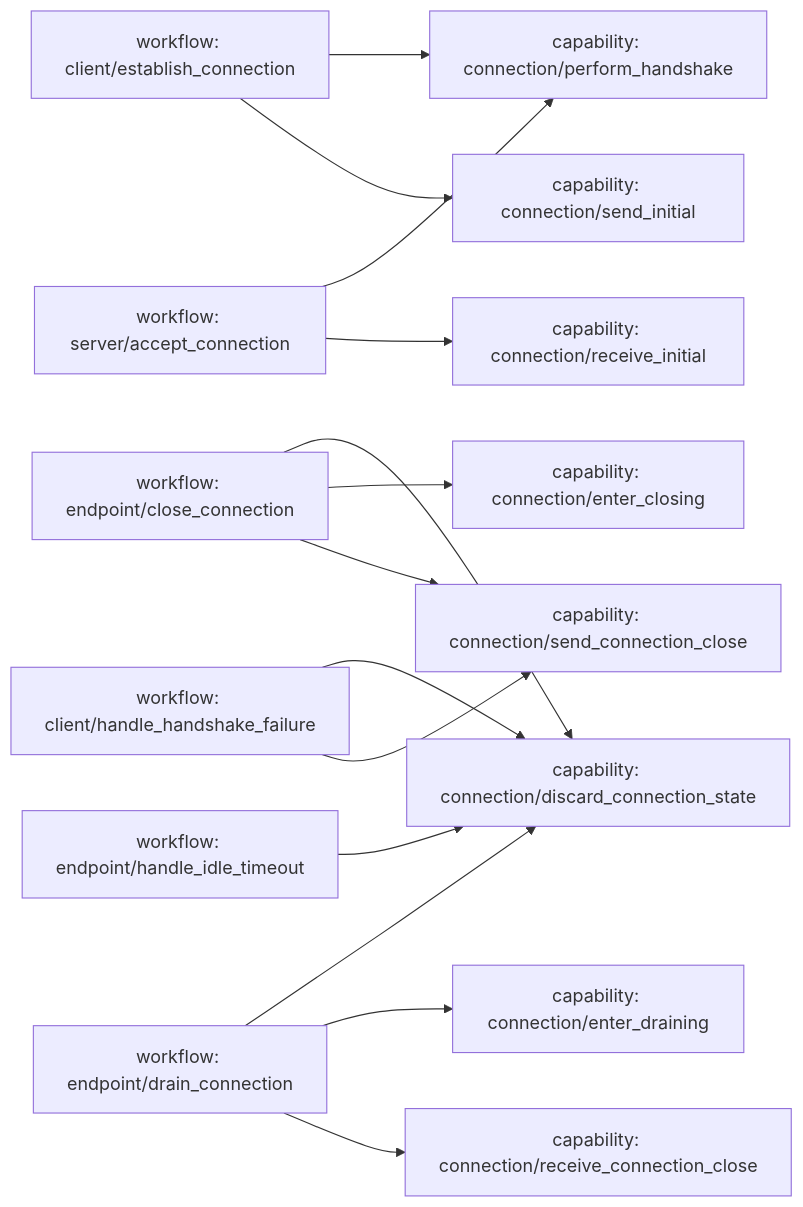
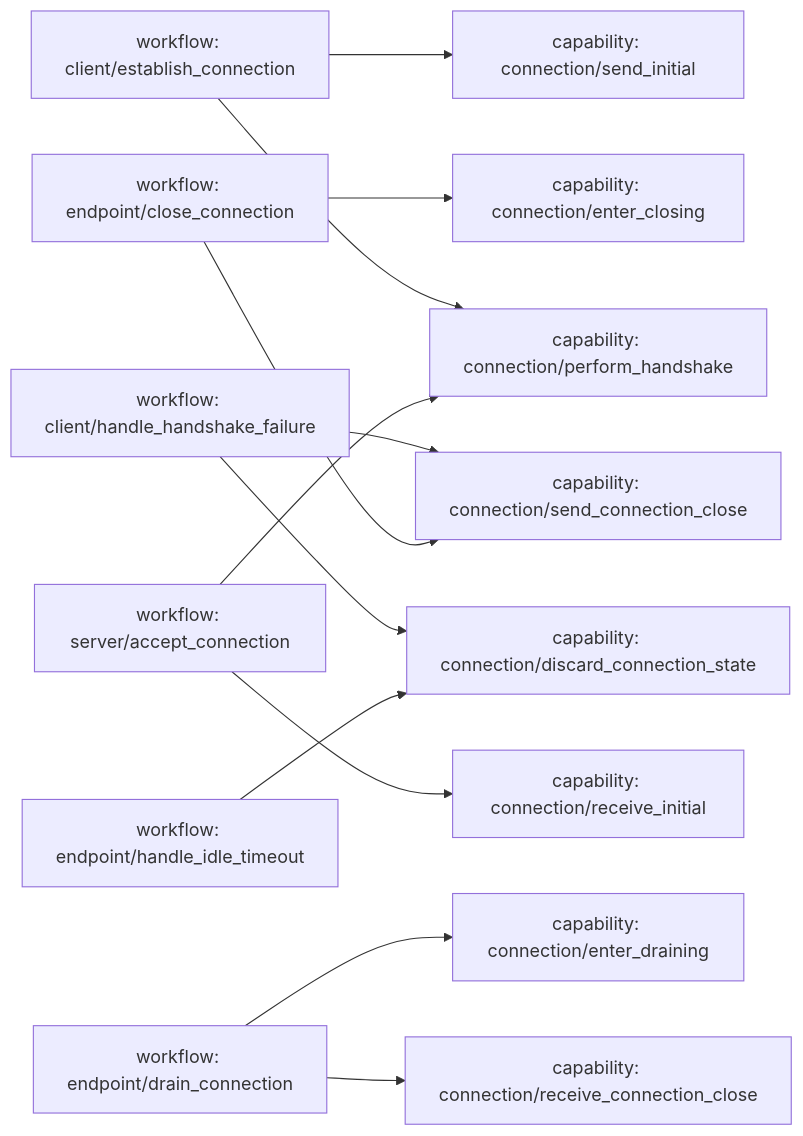
The diagram in examples/quic/generated/mermaid/workflow-capabilities.mmd (BehavioML/specifications), drawn with Mermaid before and after one commit. The commit also changed 16 other files, not shown here.

```diff
--- a/examples/quic/generated/mermaid/workflow-capabilities.mmd
+++ b/examples/quic/generated/mermaid/workflow-capabilities.mmd
@@ -1,29 +1,27 @@
 flowchart LR
   W_client_establish_connection["workflow: client/establish_connection"]
   C_connection_send_initial["capability: connection/send_initial"]
   C_connection_perform_handshake["capability: connection/perform_handshake"]
   W_client_handle_handshake_failure["workflow: client/handle_handshake_failure"]
   C_connection_send_connection_close["capability: connection/send_connection_close"]
   C_connection_discard_connection_state["capability: connection/discard_connection_state"]
   W_endpoint_close_connection["workflow: endpoint/close_connection"]
   C_connection_enter_closing["capability: connection/enter_closing"]
   W_endpoint_drain_connection["workflow: endpoint/drain_connection"]
   C_connection_receive_connection_close["capability: connection/receive_connection_close"]
   C_connection_enter_draining["capability: connection/enter_draining"]
   W_endpoint_handle_idle_timeout["workflow: endpoint/handle_idle_timeout"]
   W_server_accept_connection["workflow: server/accept_connection"]
   C_connection_receive_initial["capability: connection/receive_initial"]
 
   W_client_establish_connection --> C_connection_send_initial
   W_client_establish_connection --> C_connection_perform_handshake
   W_client_handle_handshake_failure --> C_connection_send_connection_close
   W_client_handle_handshake_failure --> C_connection_discard_connection_state
   W_endpoint_close_connection --> C_connection_send_connection_close
   W_endpoint_close_connection --> C_connection_enter_closing
-  W_endpoint_close_connection --> C_connection_discard_connection_state
   W_endpoint_drain_connection --> C_connection_receive_connection_close
   W_endpoint_drain_connection --> C_connection_enter_draining
-  W_endpoint_drain_connection --> C_connection_discard_connection_state
   W_endpoint_handle_idle_timeout --> C_connection_discard_connection_state
   W_server_accept_connection --> C_connection_receive_initial
   W_server_accept_connection --> C_connection_perform_handshake
```
